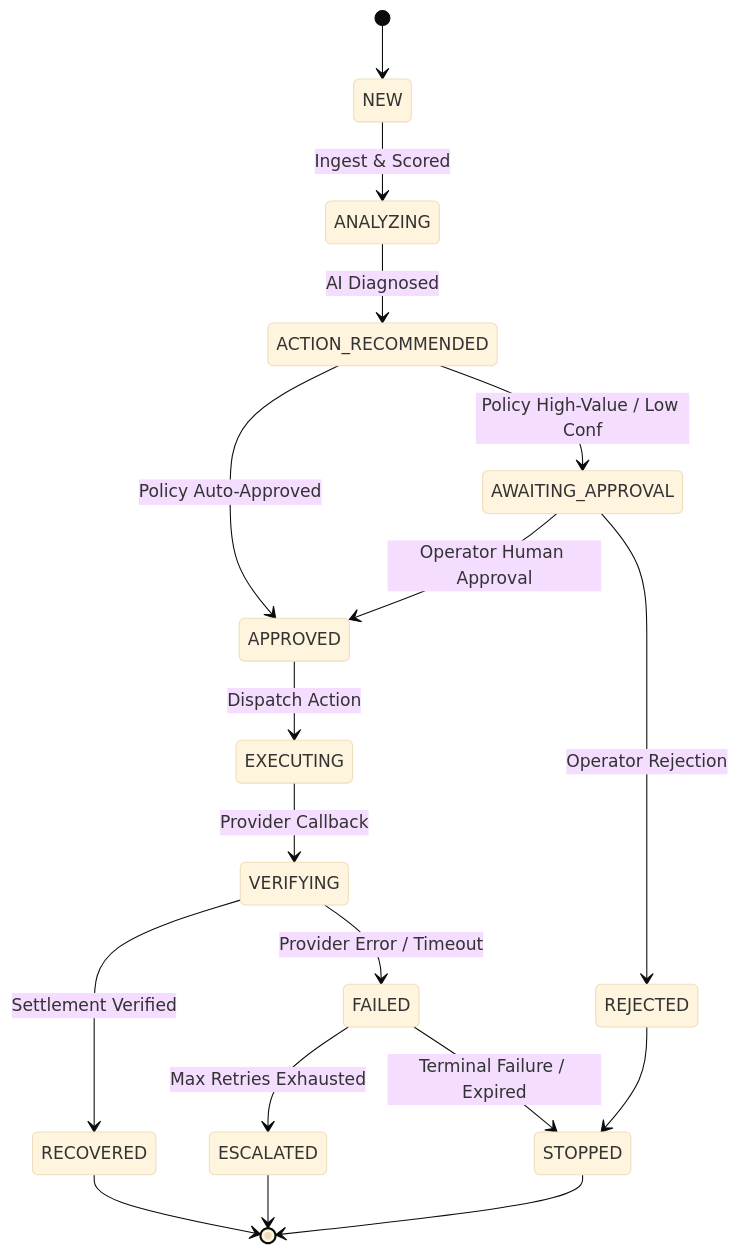
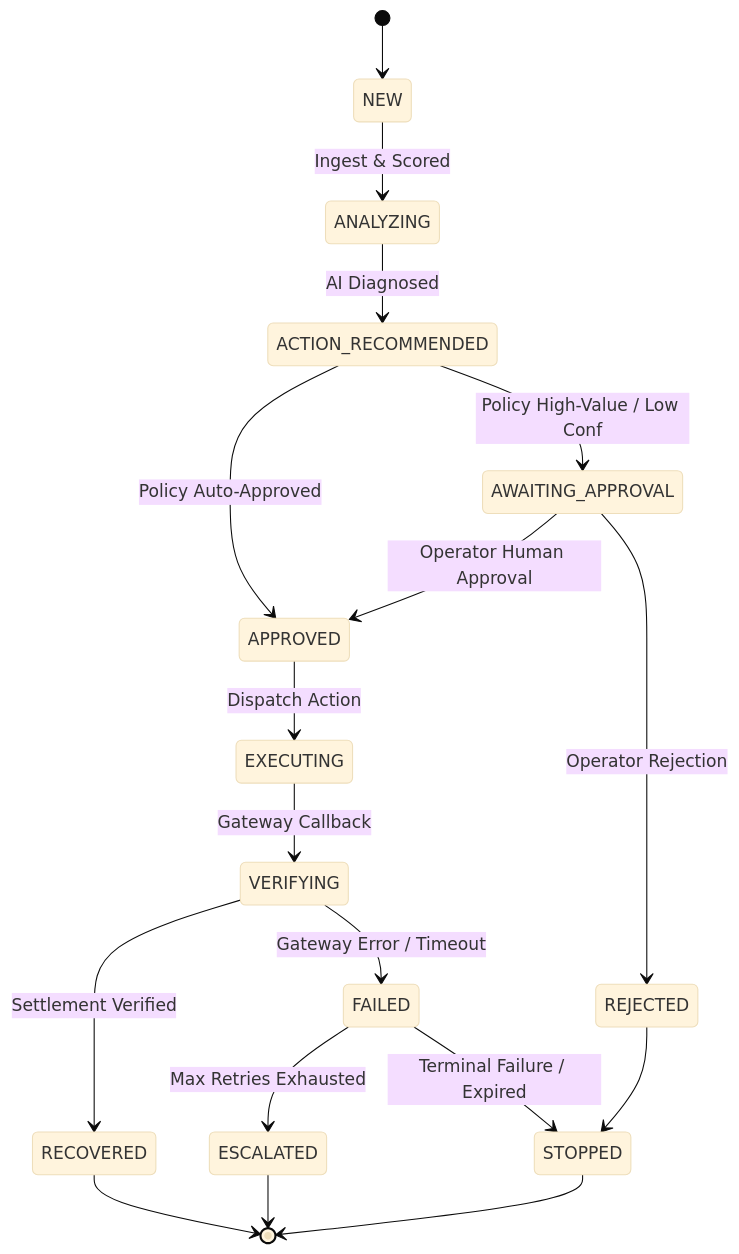
One commit to harshchavan009/Revivepay-ai changed the diagram in README.md. Above: the diagram before and after it, drawn with Mermaid (base theme). The commit also changed other lines of this file and 2 other files, not shown here.

````diff
--- a/README.md
+++ b/README.md
@@ -126,20 +142,20 @@
 ```mermaid
 stateDiagram-v2
     [*] --> NEW
     NEW --> ANALYZING: Ingest & Scored
     ANALYZING --> ACTION_RECOMMENDED: AI Diagnosed
     ACTION_RECOMMENDED --> AWAITING_APPROVAL: Policy High-Value / Low Conf
     ACTION_RECOMMENDED --> APPROVED: Policy Auto-Approved
     AWAITING_APPROVAL --> APPROVED: Operator Human Approval
     AWAITING_APPROVAL --> REJECTED: Operator Rejection
     APPROVED --> EXECUTING: Dispatch Action
-    EXECUTING --> VERIFYING: Provider Callback
+    EXECUTING --> VERIFYING: Gateway Callback
     VERIFYING --> RECOVERED: Settlement Verified
-    VERIFYING --> FAILED: Provider Error / Timeout
+    VERIFYING --> FAILED: Gateway Error / Timeout
     FAILED --> ESCALATED: Max Retries Exhausted
     FAILED --> STOPPED: Terminal Failure / Expired
     REJECTED --> STOPPED
     RECOVERED --> [*]
     ESCALATED --> [*]
     STOPPED --> [*]
 ```
````
